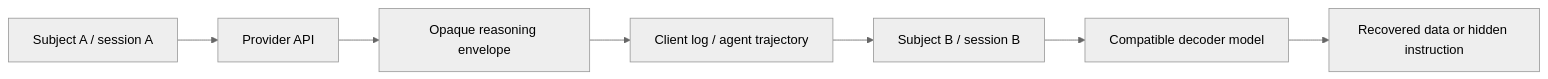
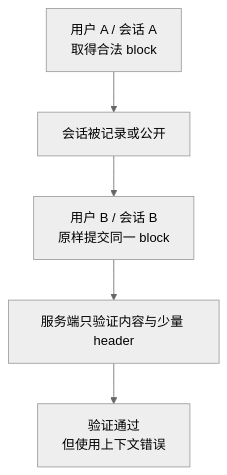
Before and after one commit to NightLemon/about-llm: the diagram in docs/quality/reasoning-artifact-security.md, drawn with Mermaid (neutral theme). The commit also changed other lines of this file and 1 other file, not shown here.

Commit message:
docs: follow one reasoning block through release

````diff
--- a/docs/quality/reasoning-artifact-security.md
+++ b/docs/quality/reasoning-artifact-security.md
@@ -99,9 +112,7 @@
 ```mermaid
-flowchart LR
-  U1["Subject A / session A"] --> P["Provider API"]
-  P --> E["Opaque reasoning envelope"]
-  E --> L["Client log / agent trajectory"]
-  L --> U2["Subject B / session B"]
-  U2 --> D["Compatible decoder model"]
-  D --> X["Recovered data or hidden instruction"]
+flowchart TD
+  S1["用户 A / 会话 A<br/>取得合法 block"] --> L["会话被记录或公开"]
+  L --> S2["用户 B / 会话 B<br/>原样提交同一 block"]
+  S2 --> V["服务端只验证内容与少量 header"]
+  V --> X["验证通过<br/>但使用上下文错误"]
 ```
````
